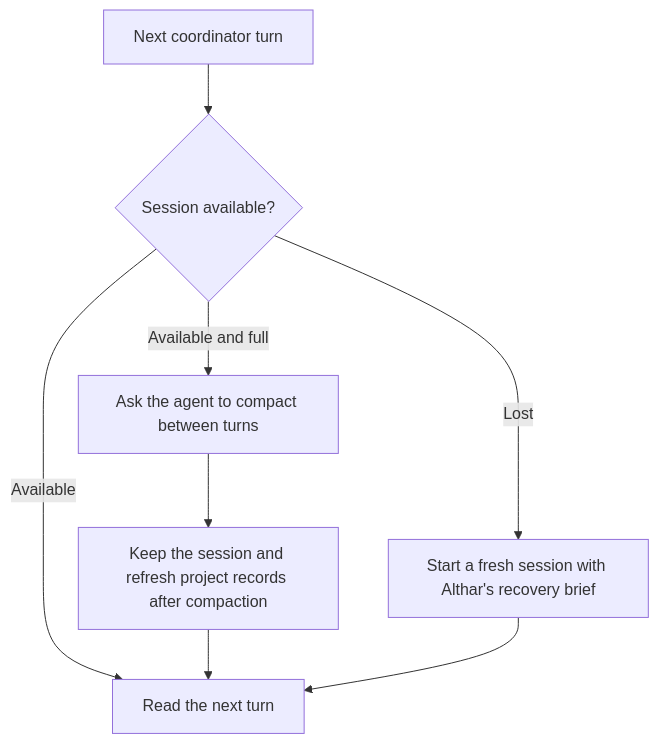
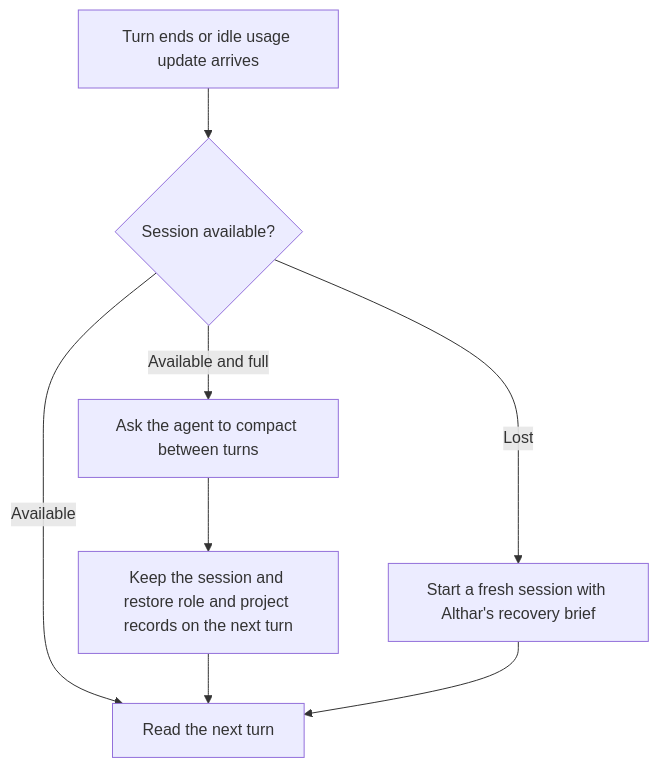
The fourth of 5 diagrams in docs/architecture/04-coordinator.md (AltharIDE/althar), drawn with Mermaid before and after one commit. The commit also changed other lines of this file and 12 other files, not shown here.

Commit message:
Restore session instructions after compaction and compact idle coordinators

````diff
--- a/docs/architecture/04-coordinator.md
+++ b/docs/architecture/04-coordinator.md
@@ -313,10 +314,10 @@
 ```mermaid
 flowchart TD
-  A[Next coordinator turn] --> B{Session available?}
+  A[Turn ends or idle usage update arrives] --> B{Session available?}
   B -->|Lost| C[Start a fresh session with Althar's recovery brief]
   B -->|Available and full| D[Ask the agent to compact between turns]
   B -->|Available| E[Read the next turn]
-  D --> F[Keep the session and refresh project records after compaction]
+  D --> F[Keep the session and restore role and project records on the next turn]
   F --> E
   C --> E
 ```
````
